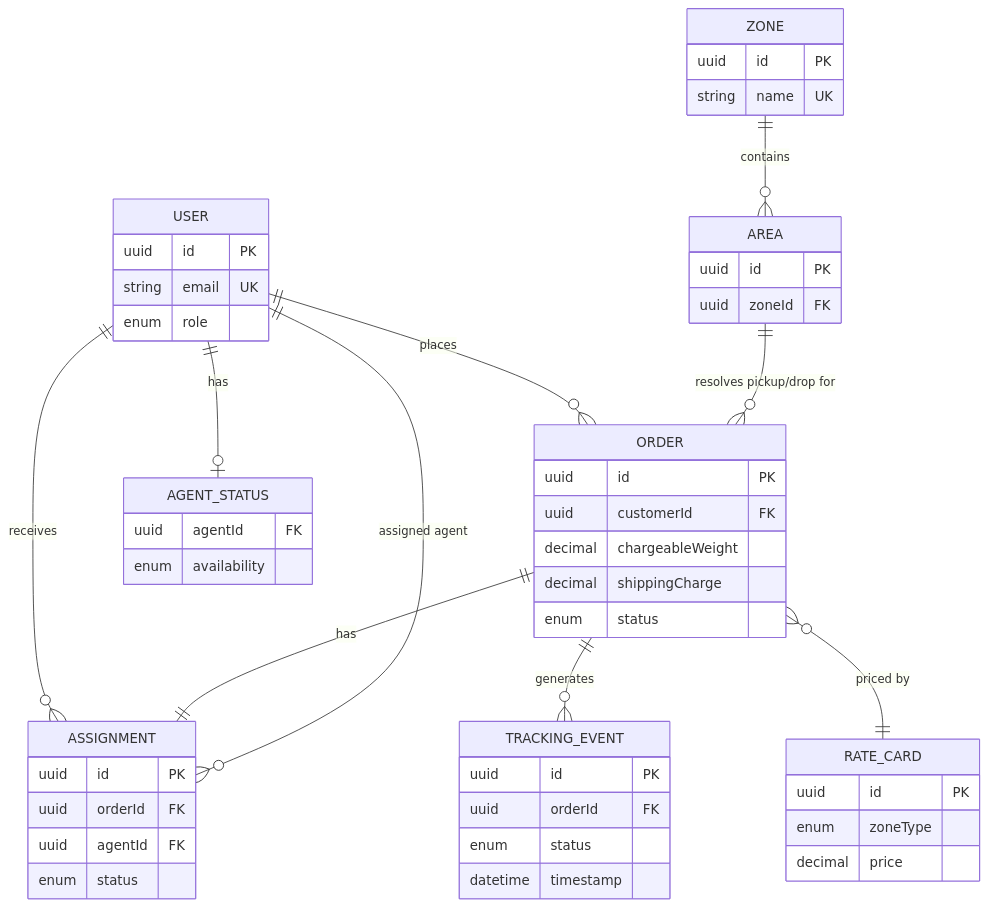
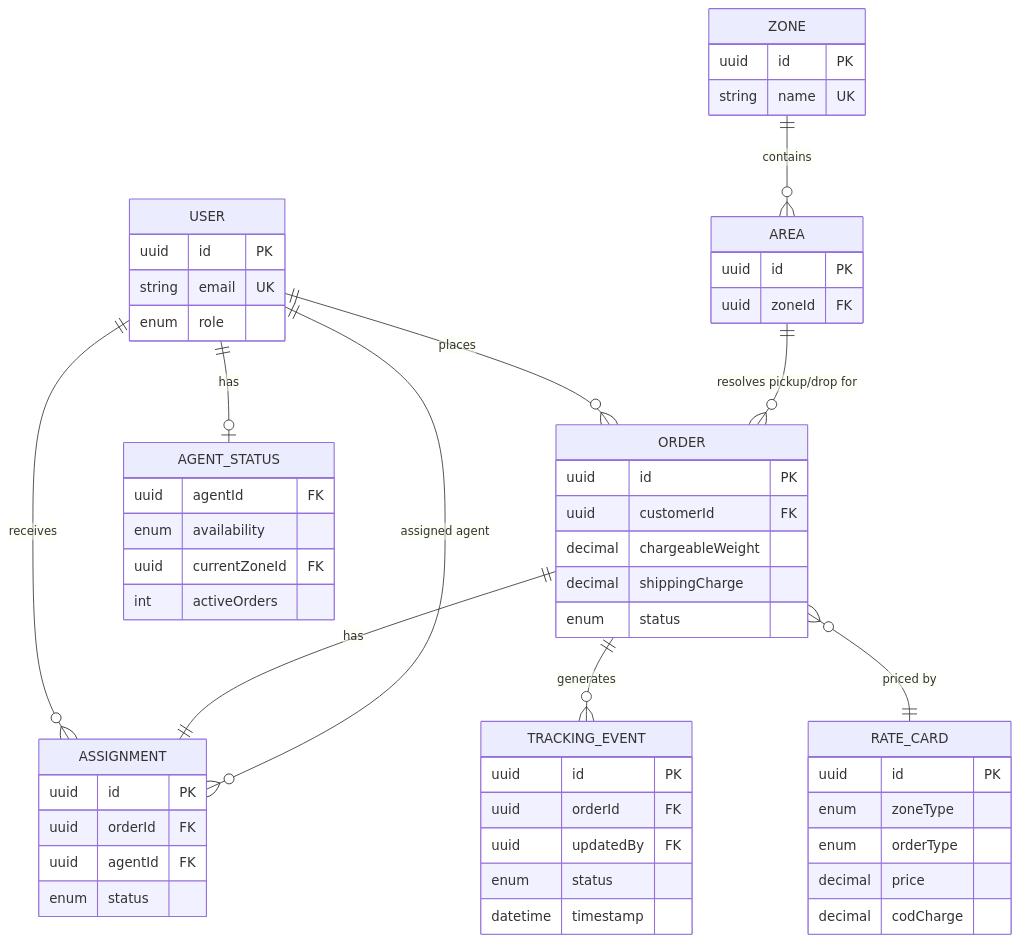
Before and after one commit to pruthvimotade/Unthinkable-updated-project: the fifth of 5 diagrams in README.md, drawn with Mermaid. The commit also changed other lines of this file, not shown here.

````diff
--- a/README.md
+++ b/README.md
@@ -210,54 +255,59 @@
 ```mermaid
 erDiagram
     USER ||--o{ ORDER : places
     USER ||--o{ ASSIGNMENT : receives
     USER ||--o| AGENT_STATUS : has
     ZONE ||--o{ AREA : contains
     AREA ||--o{ ORDER : "resolves pickup/drop for"
     ORDER ||--|| ASSIGNMENT : has
     ORDER ||--o{ TRACKING_EVENT : generates
     ORDER }o--|| RATE_CARD : "priced by"
     ASSIGNMENT }o--|| USER : "assigned agent"
 
     USER {
         uuid id PK
         string email UK
         enum role
     }
     ORDER {
         uuid id PK
         uuid customerId FK
         decimal chargeableWeight
         decimal shippingCharge
         enum status
     }
     ZONE {
         uuid id PK
         string name UK
     }
     AREA {
         uuid id PK
         uuid zoneId FK
     }
     RATE_CARD {
         uuid id PK
         enum zoneType
+        enum orderType
         decimal price
+        decimal codCharge
     }
     ASSIGNMENT {
         uuid id PK
         uuid orderId FK
         uuid agentId FK
         enum status
     }
     TRACKING_EVENT {
         uuid id PK
         uuid orderId FK
+        uuid updatedBy FK
         enum status
         datetime timestamp
     }
     AGENT_STATUS {
         uuid agentId FK
         enum availability
+        uuid currentZoneId FK
+        int activeOrders
     }
 ```
````
